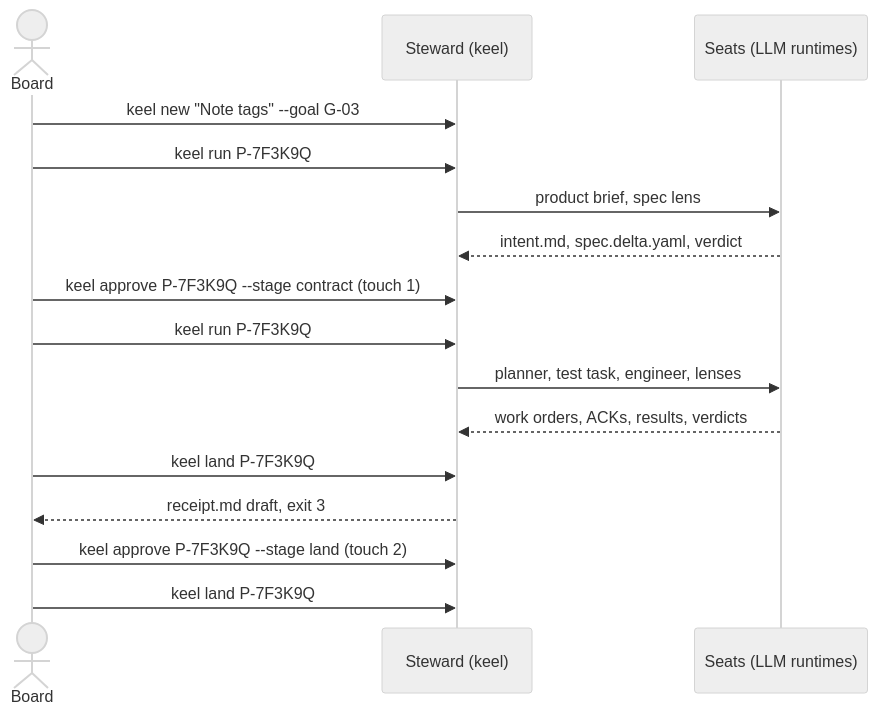
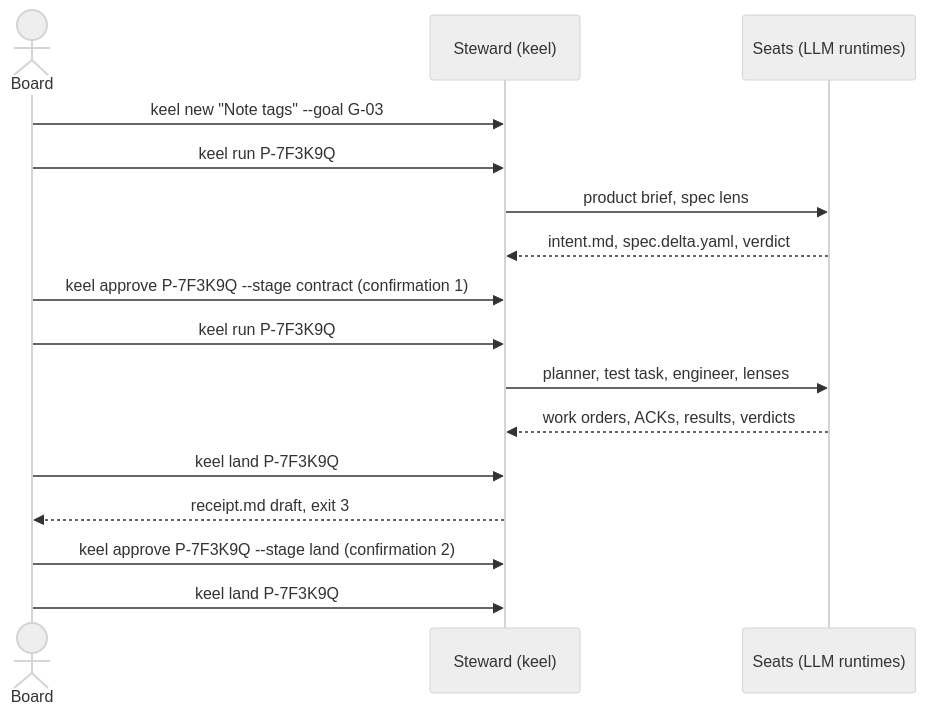
The diagram in docs/00a-owner-guide.md (Qither/keel), drawn with Mermaid (neutral theme) before and after one commit. The commit also changed other lines of this file and 130 other files, not shown here.

````diff
--- a/docs/00a-owner-guide.md
+++ b/docs/00a-owner-guide.md
@@ -58,18 +59,18 @@
 ```mermaid
 sequenceDiagram
   actor Board
   participant Steward as Steward (keel)
   participant Seats as Seats (LLM runtimes)
   Board->>Steward: keel new "Note tags" --goal G-03
   Board->>Steward: keel run P-7F3K9Q
   Steward->>Seats: product brief, spec lens
   Seats-->>Steward: intent.md, spec.delta.yaml, verdict
-  Board->>Steward: keel approve P-7F3K9Q --stage contract (touch 1)
+  Board->>Steward: keel approve P-7F3K9Q --stage contract (confirmation 1)
   Board->>Steward: keel run P-7F3K9Q
   Steward->>Seats: planner, test task, engineer, lenses
   Seats-->>Steward: work orders, ACKs, results, verdicts
   Board->>Steward: keel land P-7F3K9Q
   Steward-->>Board: receipt.md draft, exit 3
-  Board->>Steward: keel approve P-7F3K9Q --stage land (touch 2)
+  Board->>Steward: keel approve P-7F3K9Q --stage land (confirmation 2)
   Board->>Steward: keel land P-7F3K9Q
 ```
````
